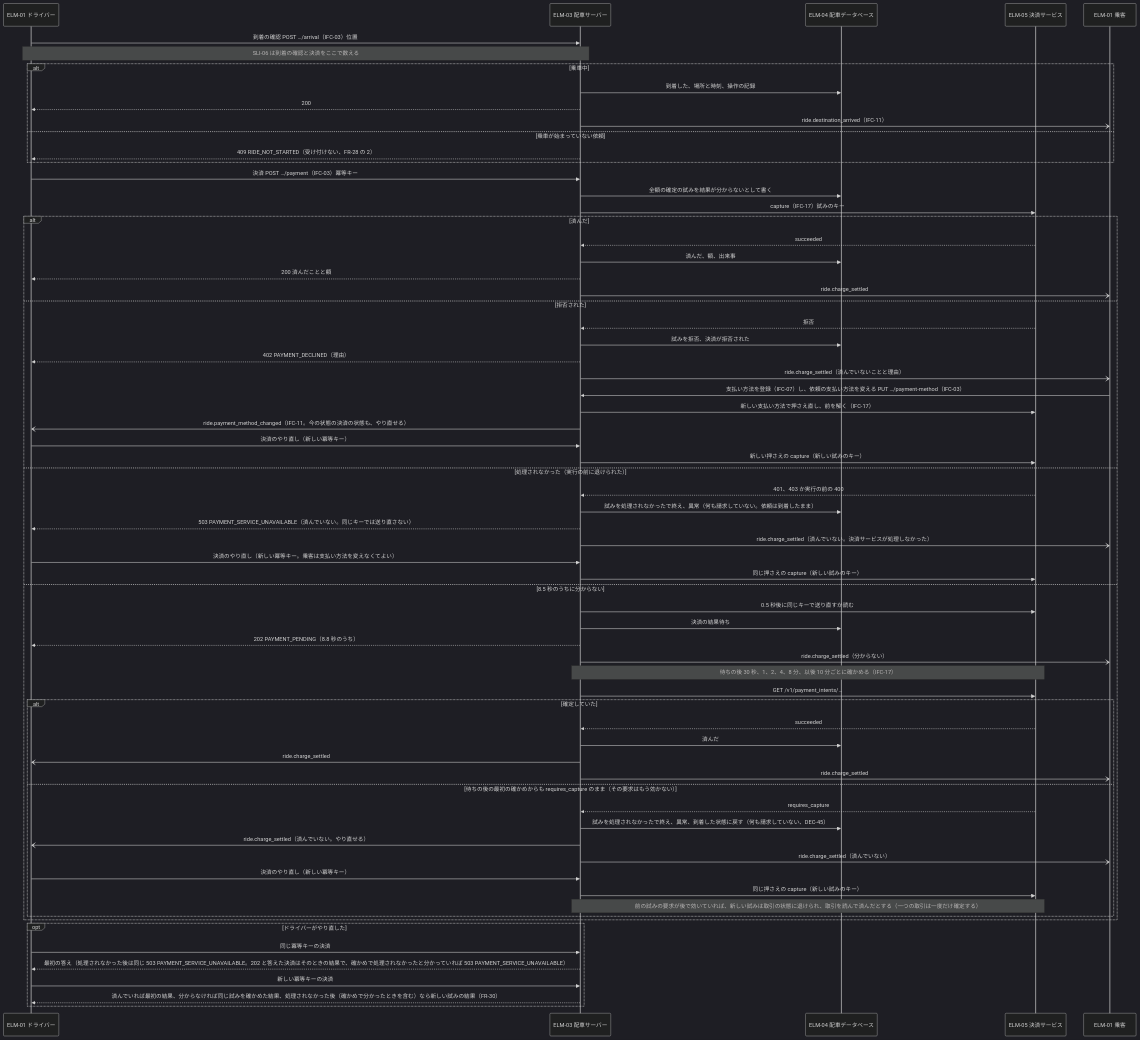
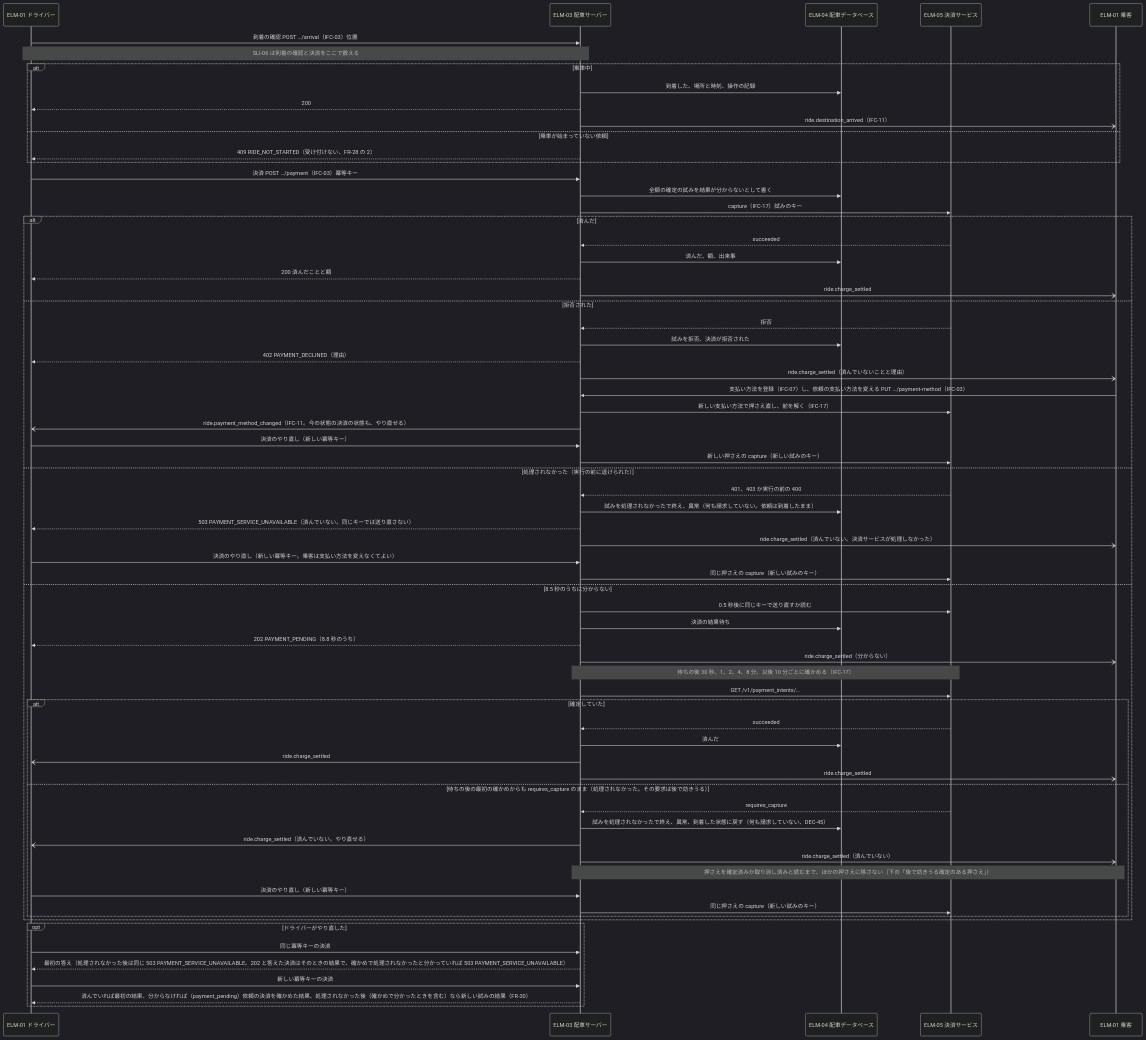
Diagram 12 of 58 in docs/design/3-high-level-design.md (Taro000/ride-hailing-app-demo), drawn with Mermaid (dark theme) before and after one commit. The commit also changed other lines of this file and 8 other files, not shown here.

````diff
--- a/docs/design/3-high-level-design.md
+++ b/docs/design/3-high-level-design.md
@@ -573,70 +573,70 @@
 ```mermaid
 sequenceDiagram
   participant D as ELM-01 ドライバー
   participant S as ELM-03 配車サーバー
   participant DB as ELM-04 配車データベース
   participant PAY as ELM-05 決済サービス
   participant P as ELM-01 乗客
   D->>S: 到着の確認 POST …/arrival（IFC-03）位置
   Note over D,S: SLI-06 は到着の確認と決済をここで数える
   alt 乗車中
     S->>DB: 到着した、場所と時刻、操作の記録
     S-->>D: 200
     S-)P: ride.destination_arrived（IFC-11）
   else 乗車が始まっていない依頼
     S-->>D: 409 RIDE_NOT_STARTED（受け付けない、FR-28 の 2）
   end
   D->>S: 決済 POST …/payment（IFC-03）冪等キー
   S->>DB: 全額の確定の試みを結果が分からないとして書く
   S->>PAY: capture（IFC-17）試みのキー
   alt 済んだ
     PAY-->>S: succeeded
     S->>DB: 済んだ、額、出来事
     S-->>D: 200 済んだことと額
     S-)P: ride.charge_settled
   else 拒否された
     PAY-->>S: 拒否
     S->>DB: 試みを拒否、決済が拒否された
     S-->>D: 402 PAYMENT_DECLINED（理由）
     S-)P: ride.charge_settled（済んでいないことと理由）
     P->>S: 支払い方法を登録（IFC-07）し、依頼の支払い方法を変える PUT …/payment-method（IFC-03）
     S->>PAY: 新しい支払い方法で押さえ直し、前を解く（IFC-17）
     S-)D: ride.payment_method_changed（IFC-11。今の状態の決済の状態も、やり直せる）
     D->>S: 決済のやり直し（新しい冪等キー）
     S->>PAY: 新しい押さえの capture（新しい試みのキー）
   else 処理されなかった（実行の前に退けられた）
     PAY-->>S: 401、403 か実行の前の 400
     S->>DB: 試みを処理されなかったで終え、異常（何も請求していない。依頼は到着したまま）
     S-->>D: 503 PAYMENT_SERVICE_UNAVAILABLE（済んでいない。同じキーでは送り直さない）
     S-)P: ride.charge_settled（済んでいない。決済サービスが処理しなかった）
     D->>S: 決済のやり直し（新しい冪等キー。乗客は支払い方法を変えなくてよい）
     S->>PAY: 同じ押さえの capture（新しい試みのキー）
   else 8.5 秒のうちに分からない
     S->>PAY: 0.5 秒後に同じキーで送り直すか読む
     S->>DB: 決済の結果待ち
     S-->>D: 202 PAYMENT_PENDING（8.8 秒のうち）
     S-)P: ride.charge_settled（分からない）
     Note over S,PAY: 待ちの後 30 秒、1、2、4、8 分、以後 10 分ごとに確かめる（IFC-17）
     S->>PAY: GET /v1/payment_intents/…
     alt 確定していた
       PAY-->>S: succeeded
       S->>DB: 済んだ
       S-)D: ride.charge_settled
       S-)P: ride.charge_settled
-    else 待ちの後の最初の確かめからも requires_capture のまま（その要求はもう効かない）
+    else 待ちの後の最初の確かめからも requires_capture のまま（処理されなかった。その要求は後で効きうる）
       PAY-->>S: requires_capture
       S->>DB: 試みを処理されなかったで終え、異常、到着した状態に戻す（何も請求していない、DEC-45）
       S-)D: ride.charge_settled（済んでいない。やり直せる）
       S-)P: ride.charge_settled（済んでいない）
+      Note over S,P: 押さえを確定済みか取り消し済みと読むまで、ほかの押さえに移さない（下の「後で効きうる確定のある押さえ」）
       D->>S: 決済のやり直し（新しい冪等キー）
       S->>PAY: 同じ押さえの capture（新しい試みのキー）
-      Note over S,PAY: 前の試みの要求が後で効いていれば、新しい試みは取引の状態に退けられ、取引を読んで済んだとする（一つの取引は一度だけ確定する）
     end
   end
   opt ドライバーがやり直した
     D->>S: 同じ冪等キーの決済
     S-->>D: 最初の答え（処理されなかった後は同じ 503 PAYMENT_SERVICE_UNAVAILABLE。202 と答えた決済はそのときの結果で、確かめで処理されなかったと分かっていれば 503 PAYMENT_SERVICE_UNAVAILABLE）
     D->>S: 新しい冪等キーの決済
-    S-->>D: 済んでいれば最初の結果、分からなければ同じ試みを確かめた結果、処理されなかった後（確かめで分かったときを含む）なら新しい試みの結果（FR-30）
+    S-->>D: 済んでいれば最初の結果、分からなければ（payment_pending）依頼の決済を確かめた結果、処理されなかった後（確かめで分かったときを含む）なら新しい試みの結果（FR-30）
   end
 ```
````
